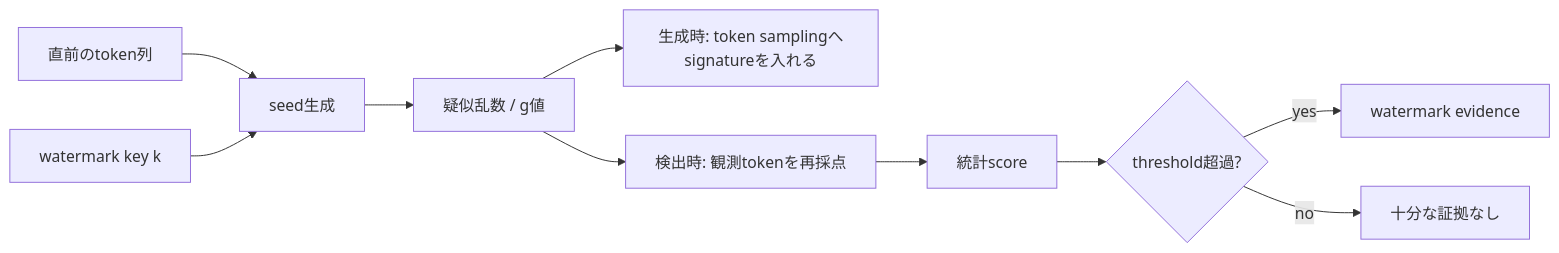
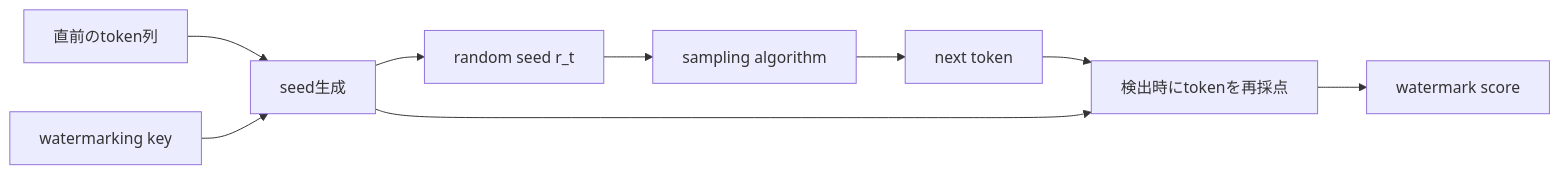
Before and after one commit to KAFKA2306/articles: the first of 6 diagrams in articles/claude-watermark-secret-key-detection.md, drawn with Mermaid. The commit also changed other lines of this file, not shown here.

Commit message:
Clarify Tournament sampling, Gumbel baseline, EU transparency context

````diff
--- a/articles/claude-watermark-secret-key-detection.md
+++ b/articles/claude-watermark-secret-key-detection.md
@@ -81,12 +73,12 @@
 ```mermaid
 flowchart LR
     A[直前のtoken列] --> C[seed生成]
-    B[watermark key k] --> C
-    C --> D[疑似乱数 / g値]
-    D --> E[生成時: token samplingへsignatureを入れる]
-    D --> F[検出時: 観測tokenを再採点]
-    F --> G[統計score]
-    G --> H{threshold超過?}
-    H -->|yes| I[watermark evidence]
-    H -->|no| J[十分な証拠なし]
+    B[watermarking key] --> C
+    C --> D[random seed r_t]
+    D --> E[sampling algorithm]
+    E --> F[next token]
+
+    F --> G[検出時にtokenを再採点]
+    C --> G
+    G --> H[watermark score]
 ```
````
